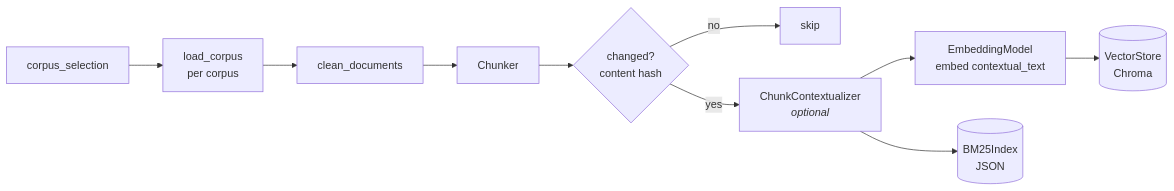
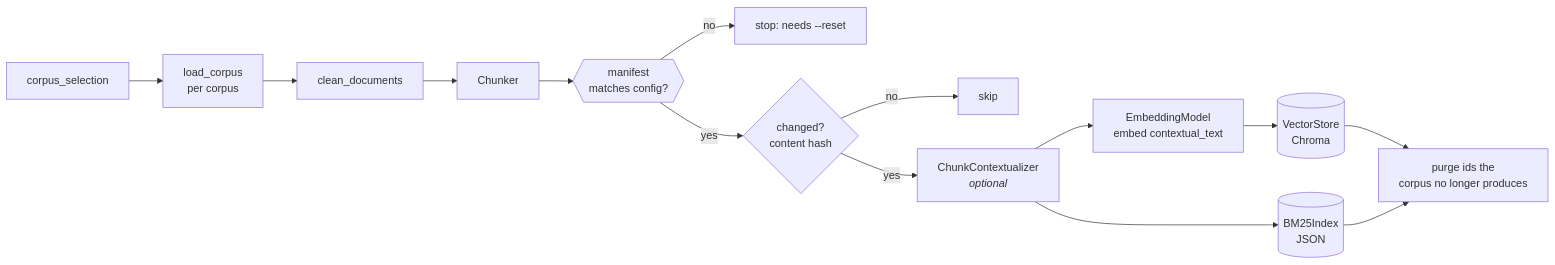
Before and after one commit to bwu1234/rag-toolkit: the first of 2 diagrams in docs/architecture.md, drawn with Mermaid. The commit also changed other lines of this file and 14 other files, not shown here.

````diff
--- a/docs/architecture.md
+++ b/docs/architecture.md
@@ -27,12 +27,15 @@
 ```mermaid
 flowchart LR
     A[corpus_selection] --> B[load_corpus<br/>per corpus]
     B --> C[clean_documents]
     C --> D[Chunker]
-    D --> E{changed?<br/>content hash}
+    D --> M{{manifest<br/>matches config?}}
+    M -- no --> X[stop: needs --reset]
+    M -- yes --> E{changed?<br/>content hash}
     E -- no --> S[skip]
     E -- yes --> F[ChunkContextualizer<br/><i>optional</i>]
     F --> G[EmbeddingModel<br/>embed contextual_text]
     G --> H[(VectorStore<br/>Chroma)]
     F --> I[(BM25Index<br/>JSON)]
+    H & I --> P[purge ids the<br/>corpus no longer produces]
 ```
````
